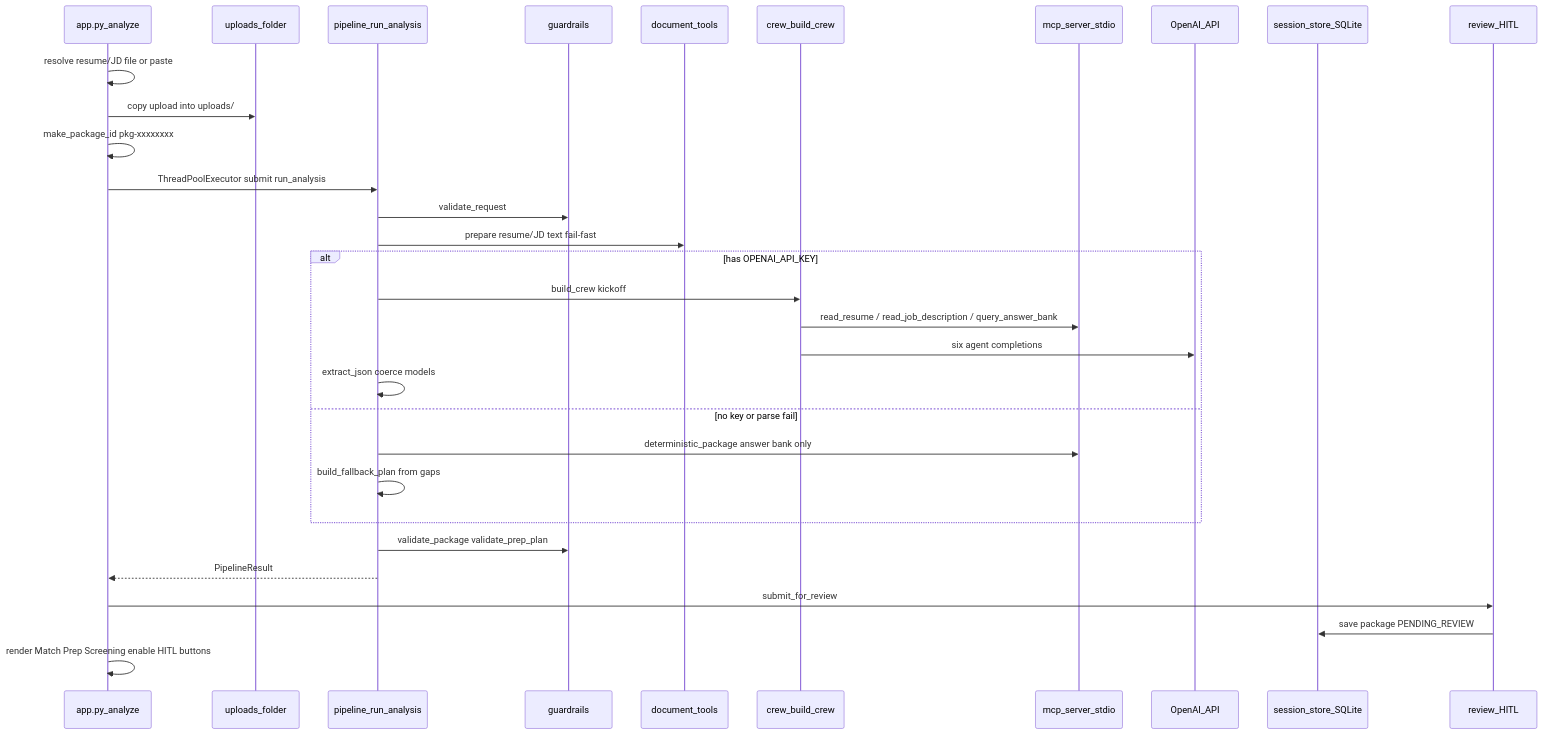
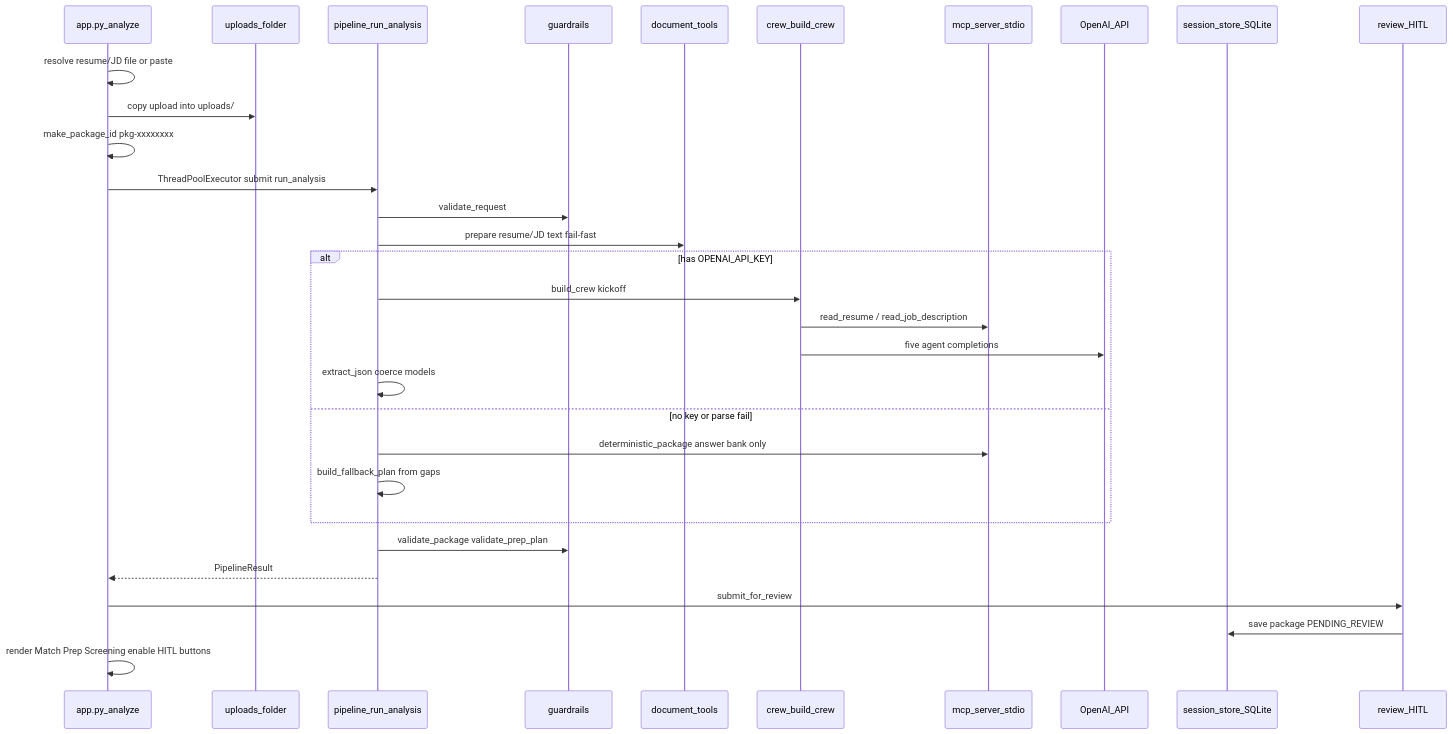
The diagram in docs/CODE_PATH_ANALYZE.md (helenapedro/careercrew), drawn with Mermaid before and after one commit. The commit also changed other lines of this file and 16 other files, not shown here.

First line of the commit message:
docs: add a one-page code tour for the five-agent UI

````diff
--- a/docs/CODE_PATH_ANALYZE.md
+++ b/docs/CODE_PATH_ANALYZE.md
@@ -25,34 +25,34 @@
 ```mermaid
 sequenceDiagram
   participant UI as app.py_analyze
   participant FS as uploads_folder
   participant PL as pipeline_run_analysis
   participant GR as guardrails
   participant DT as document_tools
   participant CR as crew_build_crew
   participant MCP as mcp_server_stdio
   participant LLM as OpenAI_API
   participant DB as session_store_SQLite
   participant REV as review_HITL
 
   UI->>UI: resolve resume/JD file or paste
   UI->>FS: copy upload into uploads/
   UI->>UI: make_package_id pkg-xxxxxxxx
   UI->>PL: ThreadPoolExecutor submit run_analysis
   PL->>GR: validate_request
   PL->>DT: prepare resume/JD text fail-fast
   alt has OPENAI_API_KEY
     PL->>CR: build_crew kickoff
-    CR->>MCP: read_resume / read_job_description / query_answer_bank
-    CR->>LLM: six agent completions
+    CR->>MCP: read_resume / read_job_description
+    CR->>LLM: five agent completions
     PL->>PL: extract_json coerce models
   else no key or parse fail
     PL->>MCP: deterministic_package answer bank only
     PL->>PL: build_fallback_plan from gaps
   end
   PL->>GR: validate_package validate_prep_plan
   PL-->>UI: PipelineResult
   UI->>REV: submit_for_review
   REV->>DB: save package PENDING_REVIEW
   UI->>UI: render Match Prep Screening enable HITL buttons
 ```
````
